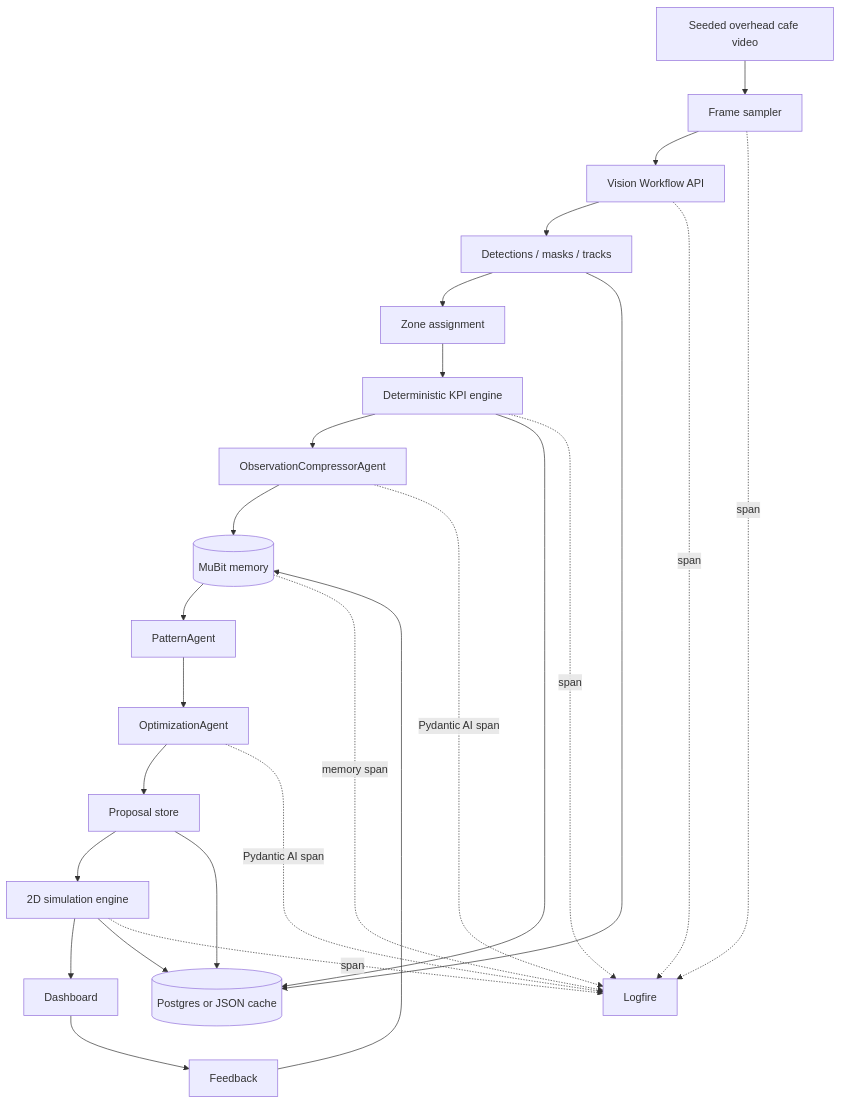
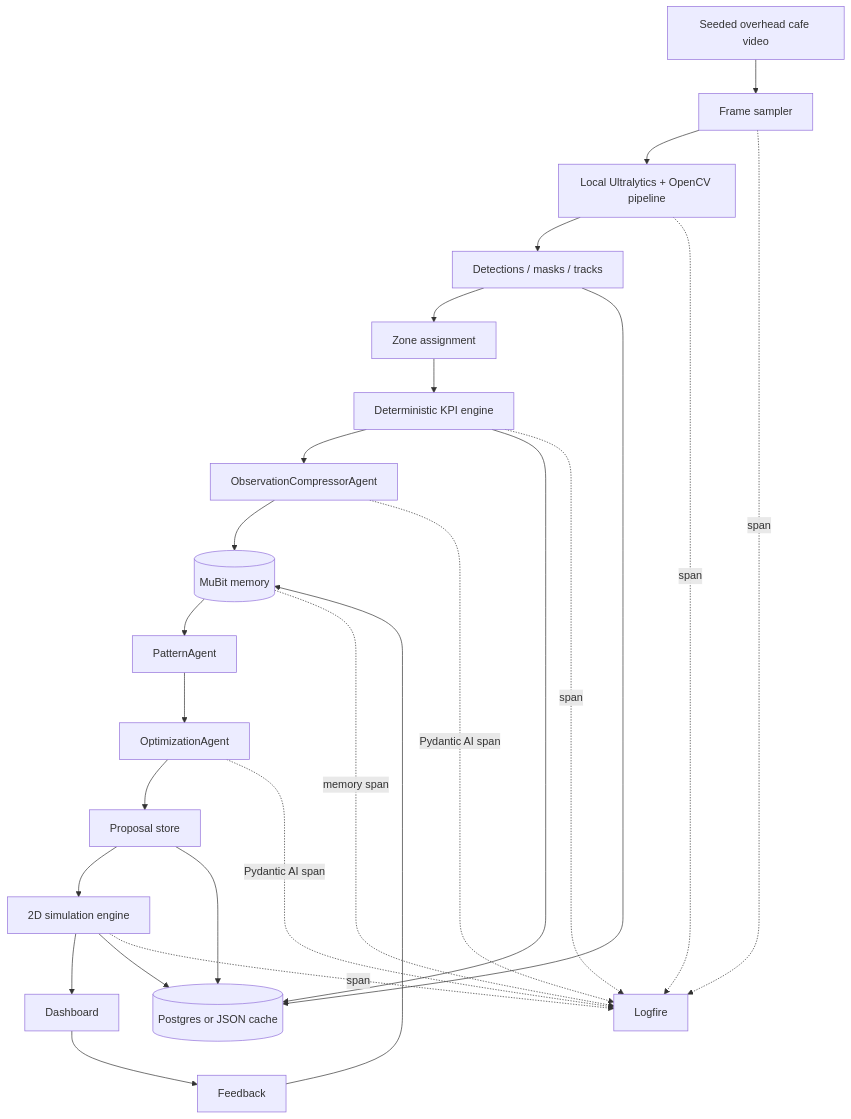
Before and after one commit to alexzh3/londonhack: the first of 5 diagrams in agent_plan.md, drawn with Mermaid. The commit also changed other lines of this file and 2 other files, not shown here.

````diff
--- a/agent_plan.md
+++ b/agent_plan.md
@@ -31,30 +31,30 @@
 ```mermaid
 flowchart TD
     A[Seeded overhead cafe video] --> B[Frame sampler]
-    B --> C[Vision Workflow API]
+    B --> C[Local Ultralytics + OpenCV pipeline]
     C --> D[Detections / masks / tracks]
     D --> E[Zone assignment]
     E --> F[Deterministic KPI engine]
     F --> G[ObservationCompressorAgent]
     G --> H[(MuBit memory)]
     H --> I[PatternAgent]
     I --> J[OptimizationAgent]
     J --> K[Proposal store]
     K --> L[2D simulation engine]
     L --> M[Dashboard]
     M --> N[Feedback]
     N --> H
 
     D --> O[(Postgres or JSON cache)]
     F --> O
     K --> O
     L --> O
 
     B -. span .-> P[Logfire]
     C -. span .-> P
     F -. span .-> P
     G -. Pydantic AI span .-> P
     H -. memory span .-> P
     J -. Pydantic AI span .-> P
     L -. span .-> P
 ```
````
